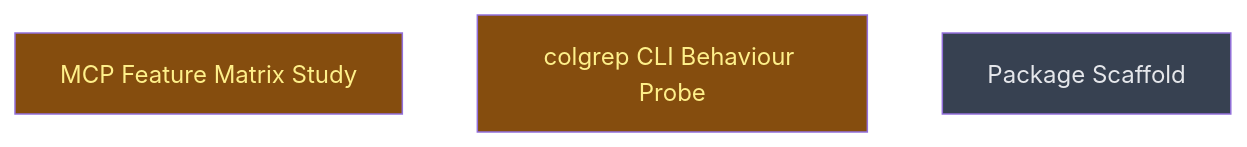
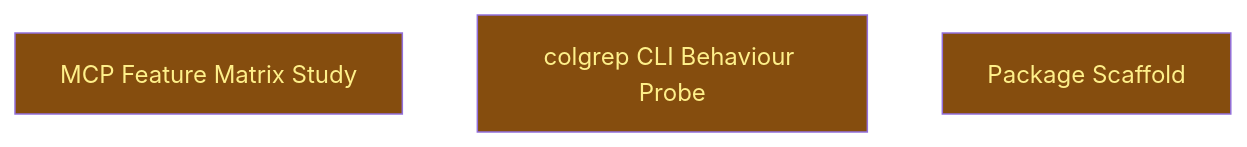
Before and after one commit to CrackingShells/colgrep-mcp: the diagram in __roadmap__/colgrep_mcp/README.md, drawn with Mermaid. The commit also changed other lines of this file and 3 other files, not shown here.

First line of the commit message:
docs(reports): add architecture analysis v0 and scaffold leaf

````diff
--- a/__roadmap__/colgrep_mcp/README.md
+++ b/__roadmap__/colgrep_mcp/README.md
@@ -29,11 +29,11 @@
 ```mermaid
 graph TD
     research_mcp_features[MCP Feature Matrix Study]:::inprogress
     research_colgrep_behaviour[colgrep CLI Behaviour Probe]:::inprogress
-    scaffold_package[Package Scaffold]:::planned
+    scaffold_package[Package Scaffold]:::inprogress
     classDef done       fill:#166534,color:#bbf7d0
     classDef inprogress fill:#854d0e,color:#fef08a
     classDef planned    fill:#374151,color:#e5e7eb
     classDef amendment  fill:#1e3a5f,color:#bfdbfe
     classDef blocked    fill:#7f1d1d,color:#fecaca
 ```
````
